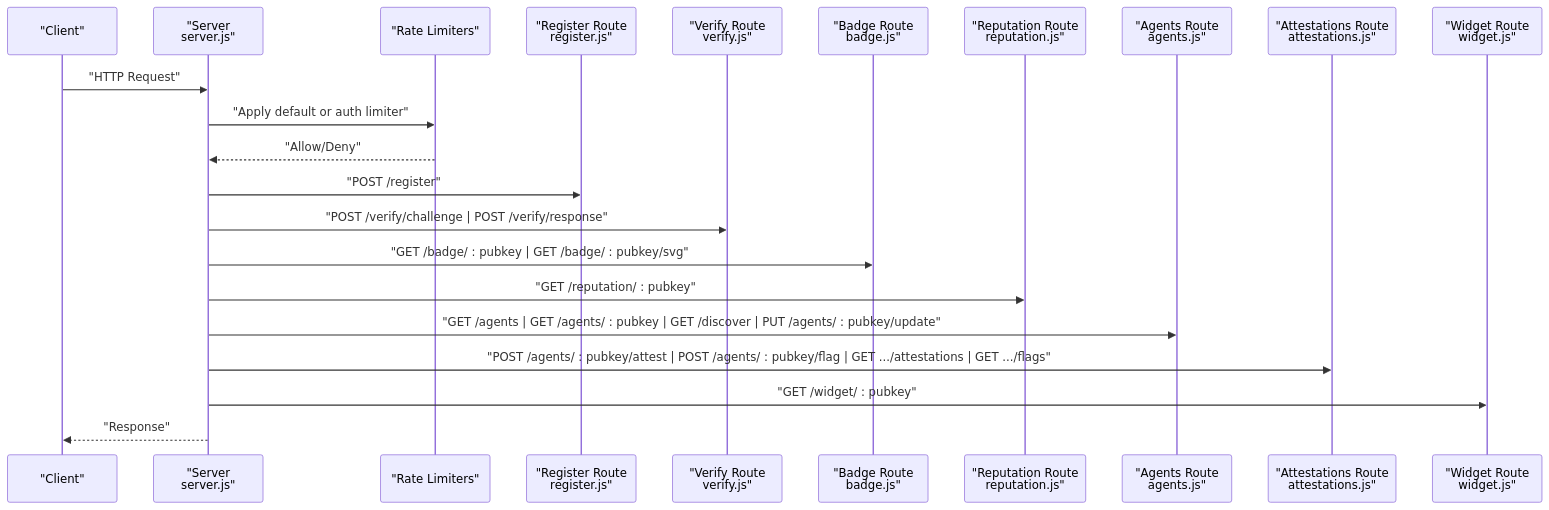
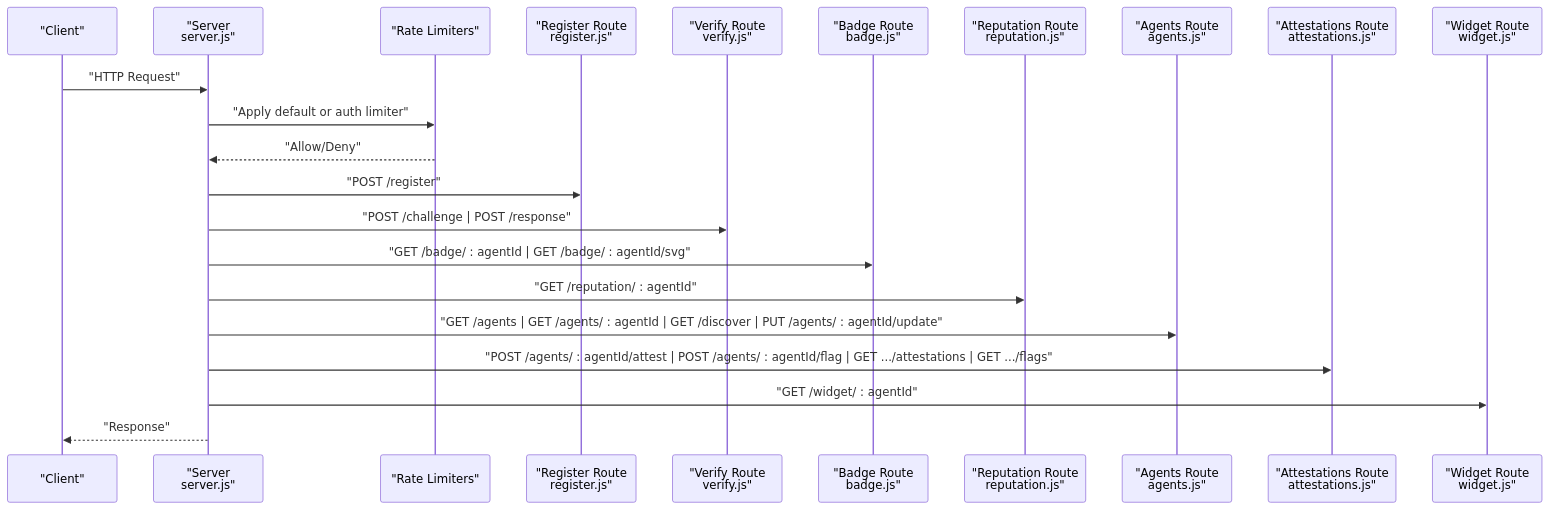
Before and after one commit to RunTimeAdmin/AgentID: the second of 5 diagrams in .qoder/repowiki/en/content/Backend API Reference/Backend API Reference.md, drawn with Mermaid. The commit also changed other lines of this file and 31 other files, not shown here.

````diff
--- a/.qoder/repowiki/en/content/Backend API Reference/Backend API Reference.md
+++ b/.qoder/repowiki/en/content/Backend API Reference/Backend API Reference.md
@@ -120,24 +122,24 @@
 ```mermaid
 sequenceDiagram
 participant C as "Client"
 participant S as "Server<br/>server.js"
 participant RL as "Rate Limiters"
 participant Reg as "Register Route<br/>register.js"
 participant Ver as "Verify Route<br/>verify.js"
 participant Bad as "Badge Route<br/>badge.js"
 participant Rep as "Reputation Route<br/>reputation.js"
 participant Ag as "Agents Route<br/>agents.js"
 participant Att as "Attestations Route<br/>attestations.js"
 participant Wid as "Widget Route<br/>widget.js"
 C->>S : "HTTP Request"
 S->>RL : "Apply default or auth limiter"
 RL-->>S : "Allow/Deny"
 S->>Reg : "POST /register"
-S->>Ver : "POST /verify/challenge | POST /verify/response"
-S->>Bad : "GET /badge/ : pubkey | GET /badge/ : pubkey/svg"
-S->>Rep : "GET /reputation/ : pubkey"
-S->>Ag : "GET /agents | GET /agents/ : pubkey | GET /discover | PUT /agents/ : pubkey/update"
-S->>Att : "POST /agents/ : pubkey/attest | POST /agents/ : pubkey/flag | GET .../attestations | GET .../flags"
-S->>Wid : "GET /widget/ : pubkey"
+S->>Ver : "POST /challenge | POST /response"
+S->>Bad : "GET /badge/ : agentId | GET /badge/ : agentId/svg"
+S->>Rep : "GET /reputation/ : agentId"
+S->>Ag : "GET /agents | GET /agents/ : agentId | GET /discover | PUT /agents/ : agentId/update"
+S->>Att : "POST /agents/ : agentId/attest | POST /agents/ : agentId/flag | GET .../attestations | GET .../flags"
+S->>Wid : "GET /widget/ : agentId"
 S-->>C : "Response"
 ```
````
